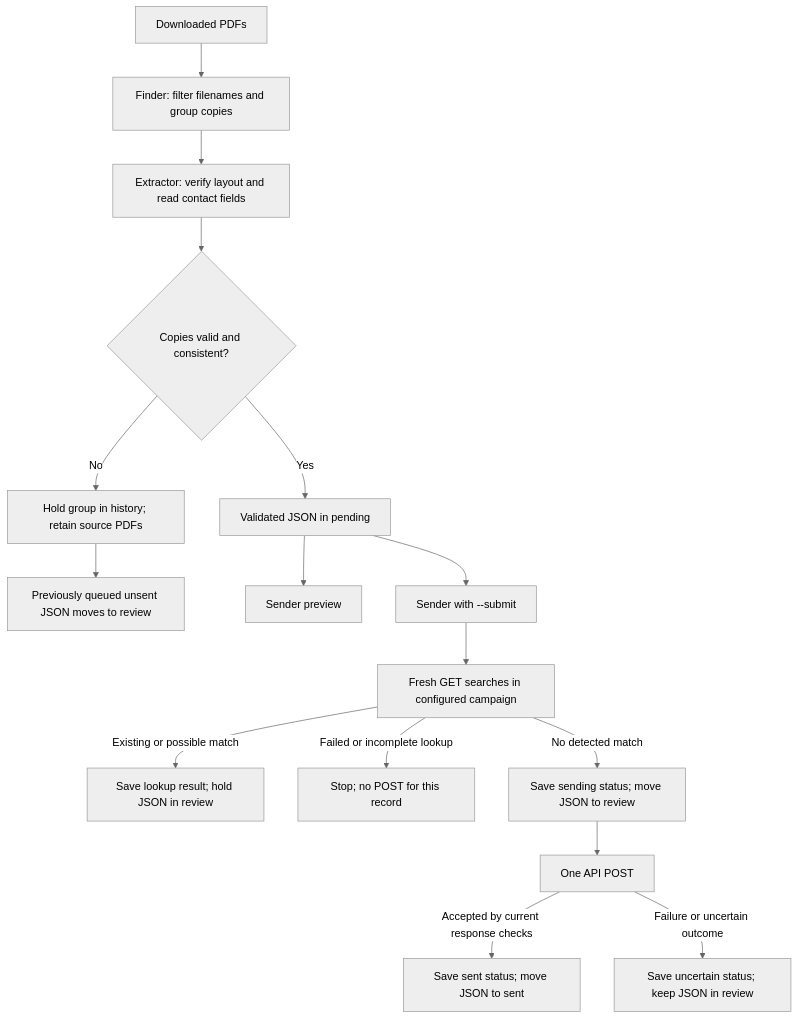
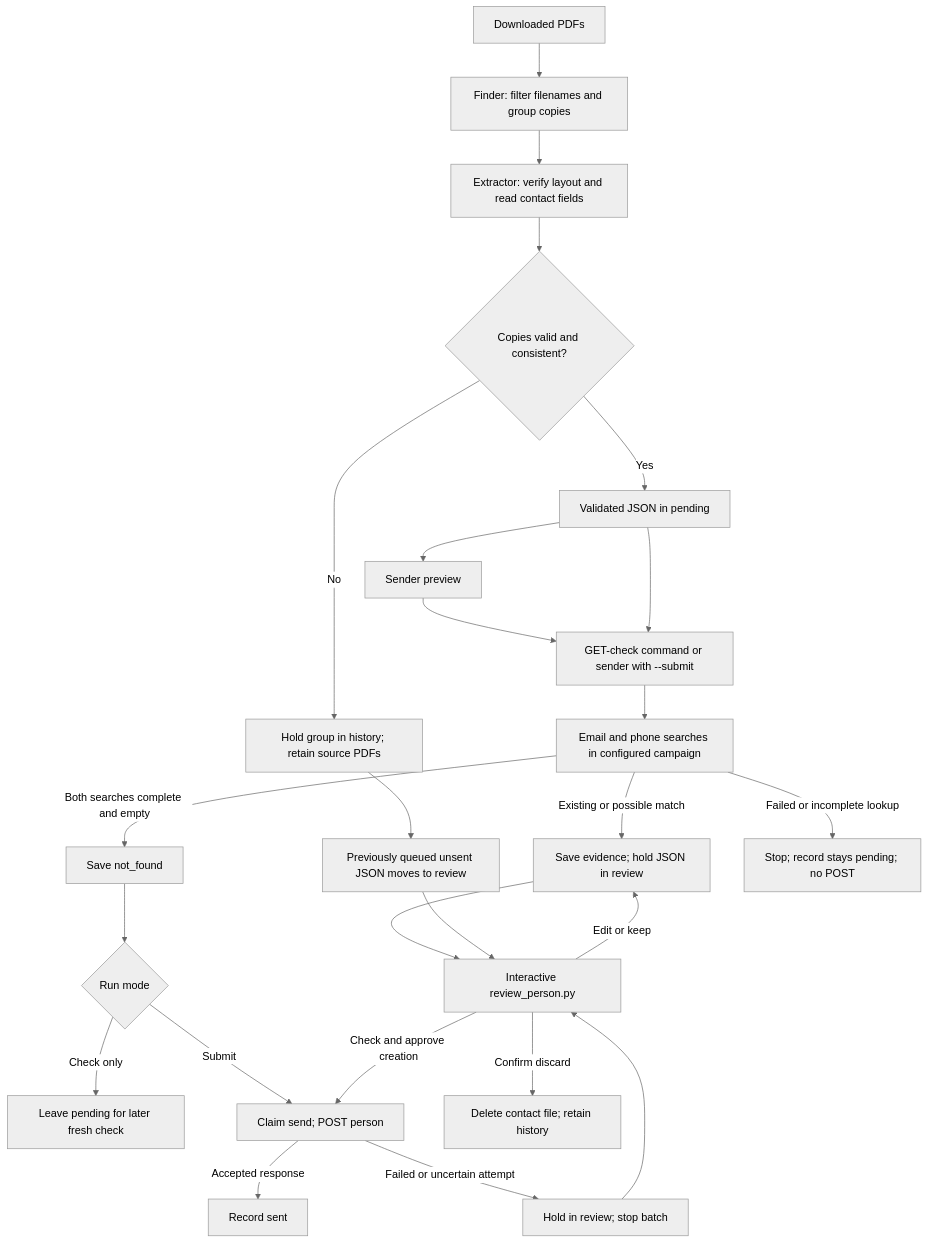
One commit to WYSblue-dev/ab-auto-fill changed the diagram in CODE_REVIEW.md. Above: the diagram before and after it, drawn with Mermaid (neutral theme). The commit also changed other lines of this file and 2 other files, not shown here.

Commit message:
Document setup, submission, and manual review workflows

````diff
--- a/CODE_REVIEW.md
+++ b/CODE_REVIEW.md
@@ -29,18 +33,27 @@
 ```mermaid
 flowchart TD
     A[Downloaded PDFs] --> B[Finder: filter filenames and group copies]
     B --> C[Extractor: verify layout and read contact fields]
     C --> D{Copies valid and consistent?}
     D -->|Yes| E[Validated JSON in pending]
     D -->|No| F[Hold group in history; retain source PDFs]
     F --> G[Previously queued unsent JSON moves to review]
     E --> H[Sender preview]
-    E --> I[Sender with --submit]
-    I --> N[Fresh GET searches in configured campaign]
-    N -->|Existing or possible match| O[Save lookup result; hold JSON in review]
-    N -->|Failed or incomplete lookup| P[Stop; no POST for this record]
-    N -->|No detected match| J[Save sending status; move JSON to review]
-    J --> K[One API POST]
-    K -->|Accepted by current response checks| L[Save sent status; move JSON to sent]
-    K -->|Failure or uncertain outcome| M[Save uncertain status; keep JSON in review]
+    H --> I[GET-check command or sender with --submit]
+    E --> I
+    I --> N[Email and phone searches in configured campaign]
+    N -->|Existing or possible match| O[Save evidence; hold JSON in review]
+    N -->|Both searches complete and empty| Q[Save not_found]
+    Q --> S{Run mode}
+    S -->|Check only| T[Leave pending for later fresh check]
+    S -->|Submit| U[Claim send; POST person]
+    U -->|Accepted response| V[Record sent]
+    U -->|Failed or uncertain attempt| W[Hold in review; stop batch]
+    N -->|Failed or incomplete lookup| P[Stop; record stays pending; no POST]
+    O --> R[Interactive review_person.py]
+    G --> R
+    W --> R
+    R -->|Edit or keep| O
+    R -->|Confirm discard| X[Delete contact file; retain history]
+    R -->|Check and approve creation| U
 ```
````
